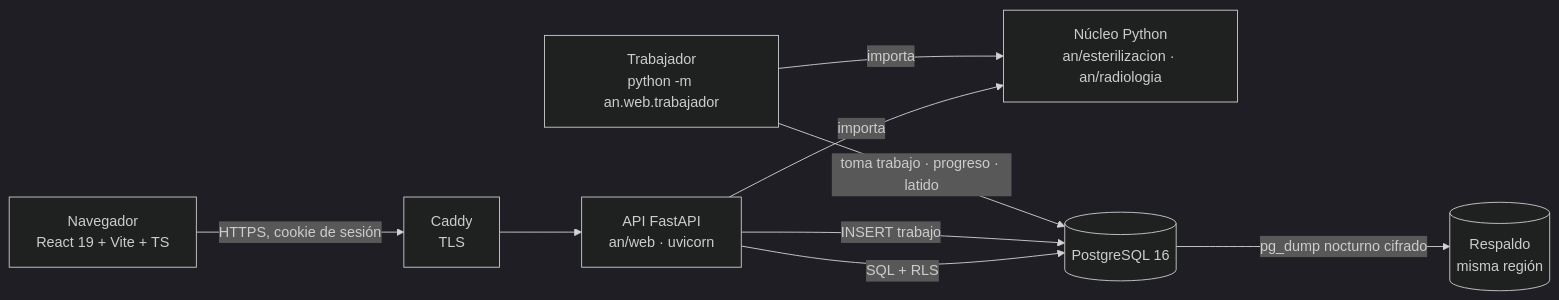
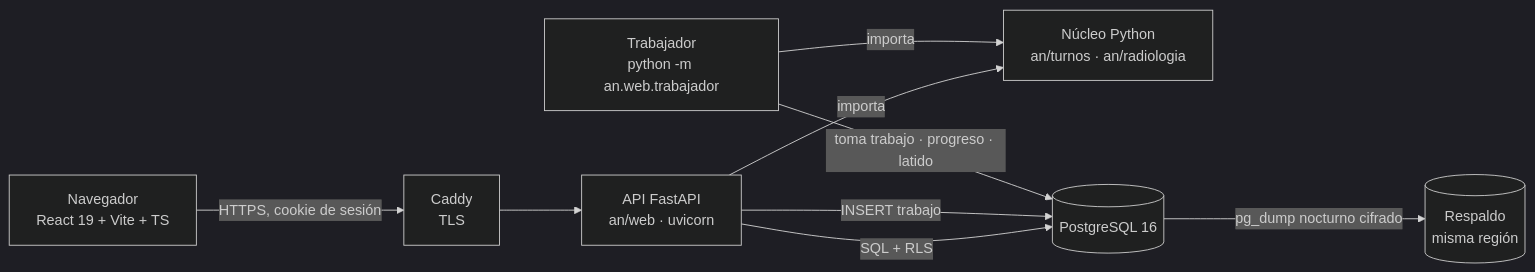
Before and after one commit to jssdv/an-turnos: the diagram in docs/PLAN_WEB.md, drawn with Mermaid (dark theme). The commit also changed other lines of this file and 27 other files, not shown here.

Commit message:
Renombrar el paquete an/esterilizacion a an/turnos

````diff
--- a/docs/PLAN_WEB.md
+++ b/docs/PLAN_WEB.md
@@ -34,11 +34,11 @@
 ```mermaid
 flowchart LR
     nav[Navegador<br/>React 19 + Vite + TS] -- HTTPS, cookie de sesión --> caddy[Caddy<br/>TLS]
     caddy --> api[API FastAPI<br/>an/web · uvicorn]
-    api -- importa --> nucleo[Núcleo Python<br/>an/esterilizacion · an/radiologia]
+    api -- importa --> nucleo[Núcleo Python<br/>an/turnos · an/radiologia]
     api -- SQL + RLS --> pg[(PostgreSQL 16)]
     api -- INSERT trabajo --> pg
     trab[Trabajador<br/>python -m an.web.trabajador] -- toma trabajo · progreso · latido --> pg
     trab -- importa --> nucleo
     pg -- pg_dump nocturno cifrado --> resp[(Respaldo<br/>misma región)]
 ```
````
